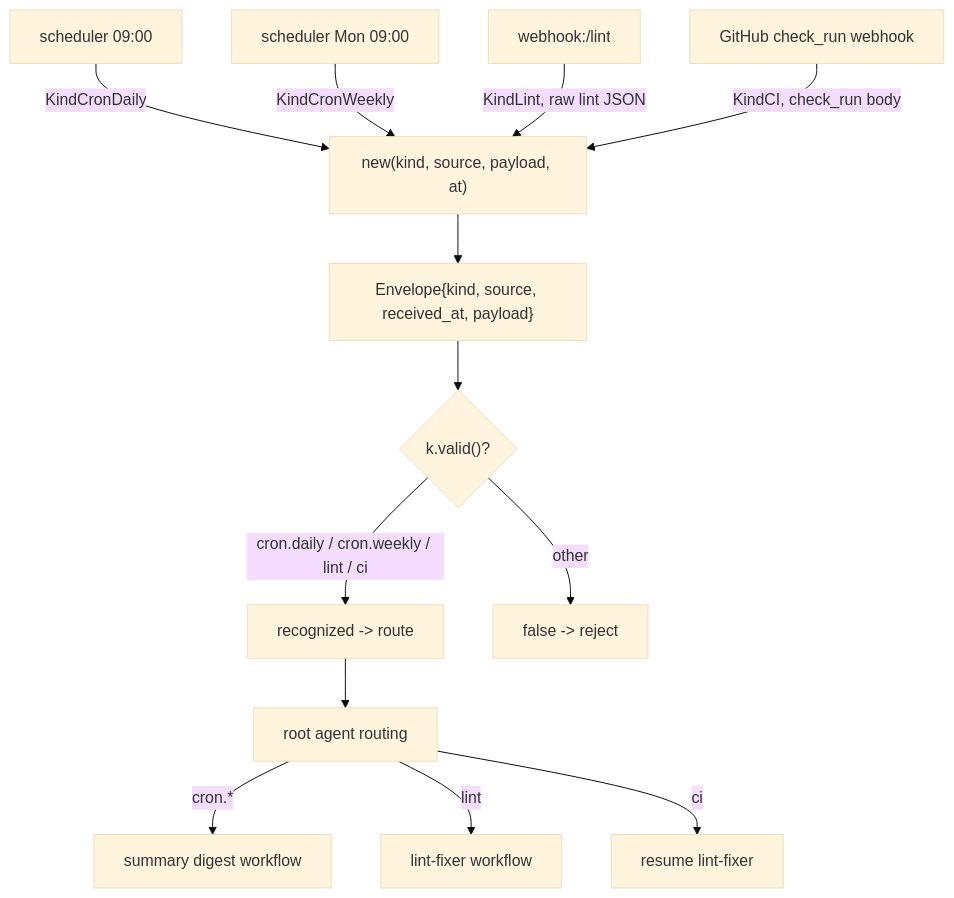
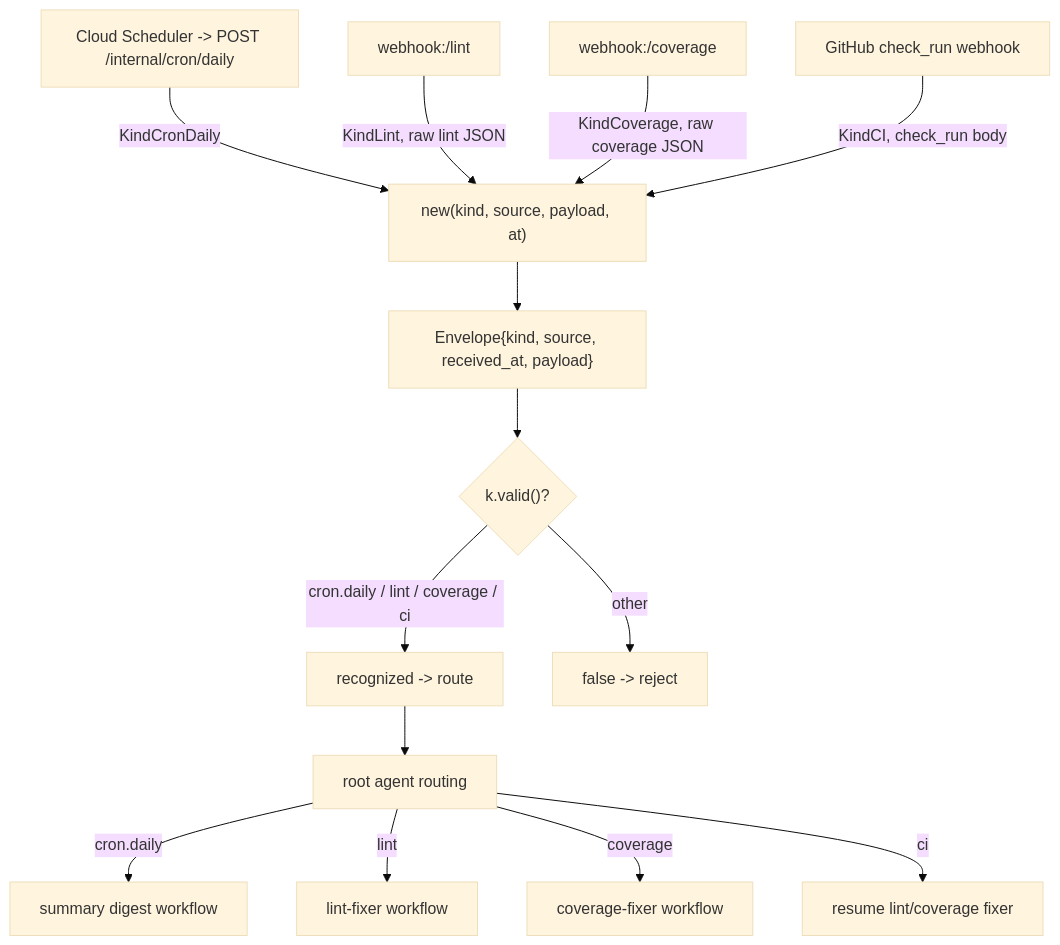
The diagram in python/automation_agent/ingest/AGENTS.md (jkjamies/automation-agent), drawn with Mermaid (base theme) before and after one commit. The commit also changed other lines of this file and 98 other files, not shown here.

First line of the commit message:
Drop in-process cron + weekly digest; Cloud Scheduler is the sole trigger (#7)

````diff
--- a/python/automation_agent/ingest/AGENTS.md
+++ b/python/automation_agent/ingest/AGENTS.md
@@ -9,15 +9,16 @@
 ```mermaid
 flowchart TD
-    S1[scheduler 09:00] -->|KindCronDaily| N
-    S2[scheduler Mon 09:00] -->|KindCronWeekly| N
+    S1["Cloud Scheduler -> POST /internal/cron/daily"] -->|KindCronDaily| N
     W1["webhook:/lint"] -->|KindLint, raw lint JSON| N
-    W2[GitHub check_run webhook] -->|KindCI, check_run body| N
+    W2["webhook:/coverage"] -->|KindCoverage, raw coverage JSON| N
+    W3[GitHub check_run webhook] -->|KindCI, check_run body| N
     N["new(kind, source, payload, at)"] --> E["Envelope{kind, source, received_at, payload}"]
     E --> V{"k.valid()?"}
-    V -->|"cron.daily / cron.weekly / lint / ci"| OK[recognized -> route]
+    V -->|"cron.daily / lint / coverage / ci"| OK[recognized -> route]
     V -->|other| BAD[false -> reject]
     OK --> R[root agent routing]
-    R -->|cron.*| D1[summary digest workflow]
+    R -->|cron.daily| D1[summary digest workflow]
     R -->|lint| D2[lint-fixer workflow]
-    R -->|ci| D3[resume lint-fixer]
+    R -->|coverage| D3[coverage-fixer workflow]
+    R -->|ci| D4[resume lint/coverage fixer]
 ```
````
